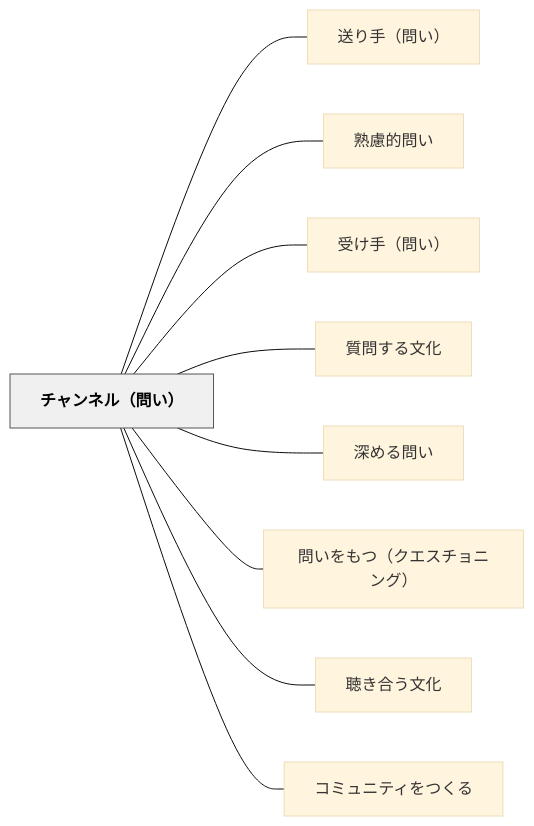
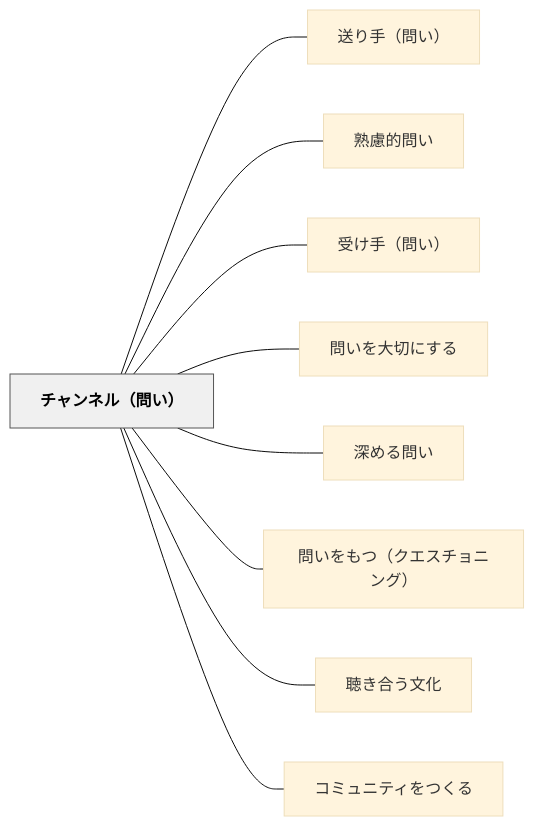
One commit to unknownthings-ed-patterns/unknownthings-ed-patterns changed the diagram in content/パタン/チャンネル（問い）.md. Above: the diagram before and after it, drawn with Mermaid (base theme). The commit also changed other lines of this file and 9 other files, not shown here.

````diff
--- a/content/パタン/チャンネル（問い）.md
+++ b/content/パタン/チャンネル（問い）.md
@@ -47,24 +47,24 @@
 ```mermaid
 flowchart LR
     ne38381e383a3e383b3e3838de383abefbc88e5958fe38184efbc89["チャンネル（問い）"]
     ne98081e3828ae6898befbc88e5958fe38184efbc89["送り手（問い）"]
     ne7869fe685aee79a84e5958fe38184["熟慮的問い"]
     ne58f97e38191e6898befbc88e5958fe38184efbc89["受け手（問い）"]
-    ne8b3aae5958fe38199e3828be69687e58c96["質問する文化"]
+    ne5958fe38184e38292e5a4a7e58887e381abe38199e3828b["問いを大切にする"]
     ne6b7b1e38281e3828be5958fe38184["深める問い"]
     ne5958fe38184e38292e38282e381a4efbc88e382afe382a8e382b9e38381e383a7e3838be383b3e382b0efbc89["問いをもつ（クエスチョニング）"]
     ne881b4e3818de59088e38186e69687e58c96["聴き合う文化"]
     ne382b3e3839fe383a5e3838be38386e382a3e38292e381a4e3818fe3828b["コミュニティをつくる"]
 
     ne38381e383a3e383b3e3838de383abefbc88e5958fe38184efbc89 --- ne98081e3828ae6898befbc88e5958fe38184efbc89
     ne38381e383a3e383b3e3838de383abefbc88e5958fe38184efbc89 --- ne7869fe685aee79a84e5958fe38184
     ne38381e383a3e383b3e3838de383abefbc88e5958fe38184efbc89 --- ne58f97e38191e6898befbc88e5958fe38184efbc89
-    ne38381e383a3e383b3e3838de383abefbc88e5958fe38184efbc89 --- ne8b3aae5958fe38199e3828be69687e58c96
+    ne38381e383a3e383b3e3838de383abefbc88e5958fe38184efbc89 --- ne5958fe38184e38292e5a4a7e58887e381abe38199e3828b
     ne38381e383a3e383b3e3838de383abefbc88e5958fe38184efbc89 --- ne6b7b1e38281e3828be5958fe38184
     ne38381e383a3e383b3e3838de383abefbc88e5958fe38184efbc89 --- ne5958fe38184e38292e38282e381a4efbc88e382afe382a8e382b9e38381e383a7e3838be383b3e382b0efbc89
     ne38381e383a3e383b3e3838de383abefbc88e5958fe38184efbc89 --- ne881b4e3818de59088e38186e69687e58c96
     ne38381e383a3e383b3e3838de383abefbc88e5958fe38184efbc89 --- ne382b3e3839fe383a5e3838be38386e382a3e38292e381a4e3818fe3828b
 
     classDef hub fill:#f0f0f0,stroke:#555,color:#000,font-weight:bold
     class ne38381e383a3e383b3e3838de383abefbc88e5958fe38184efbc89 hub
 ```
````
